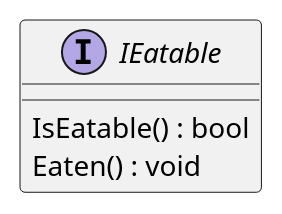
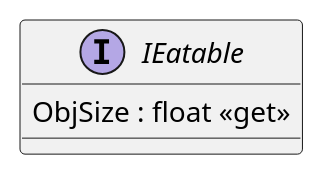
The diagram in plantuml/Eats/IEatable.puml (MainCastle1212/EverythingEater), drawn with PlantUML before and after one commit. The commit also changed 15 other files, not shown here.

```diff
--- a/plantuml/Eats/IEatable.puml
+++ b/plantuml/Eats/IEatable.puml
@@ -1,6 +1,5 @@
 @startuml
 interface IEatable {
-    IsEatable() : bool
-    Eaten() : void
+    ObjSize : float <<get>>
 }
 @enduml
```
